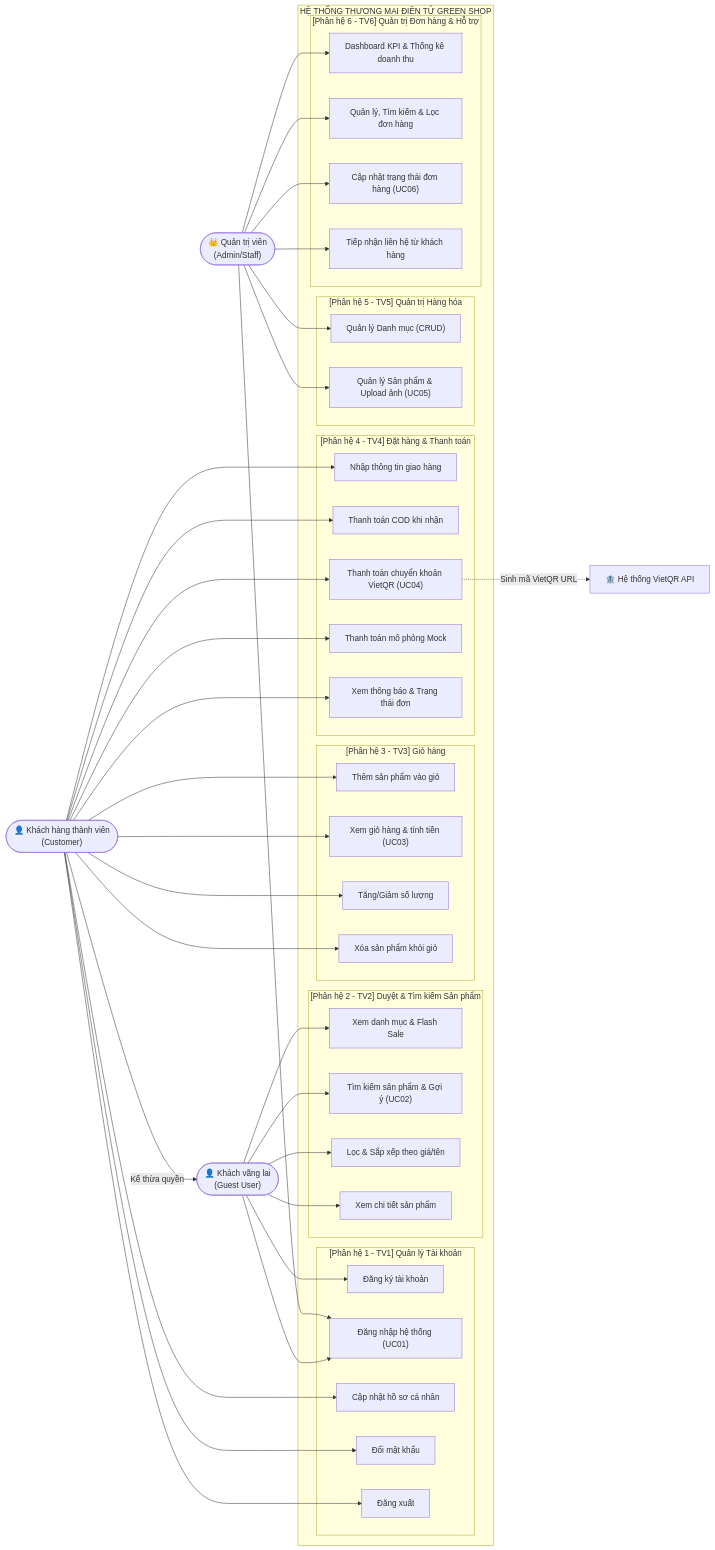
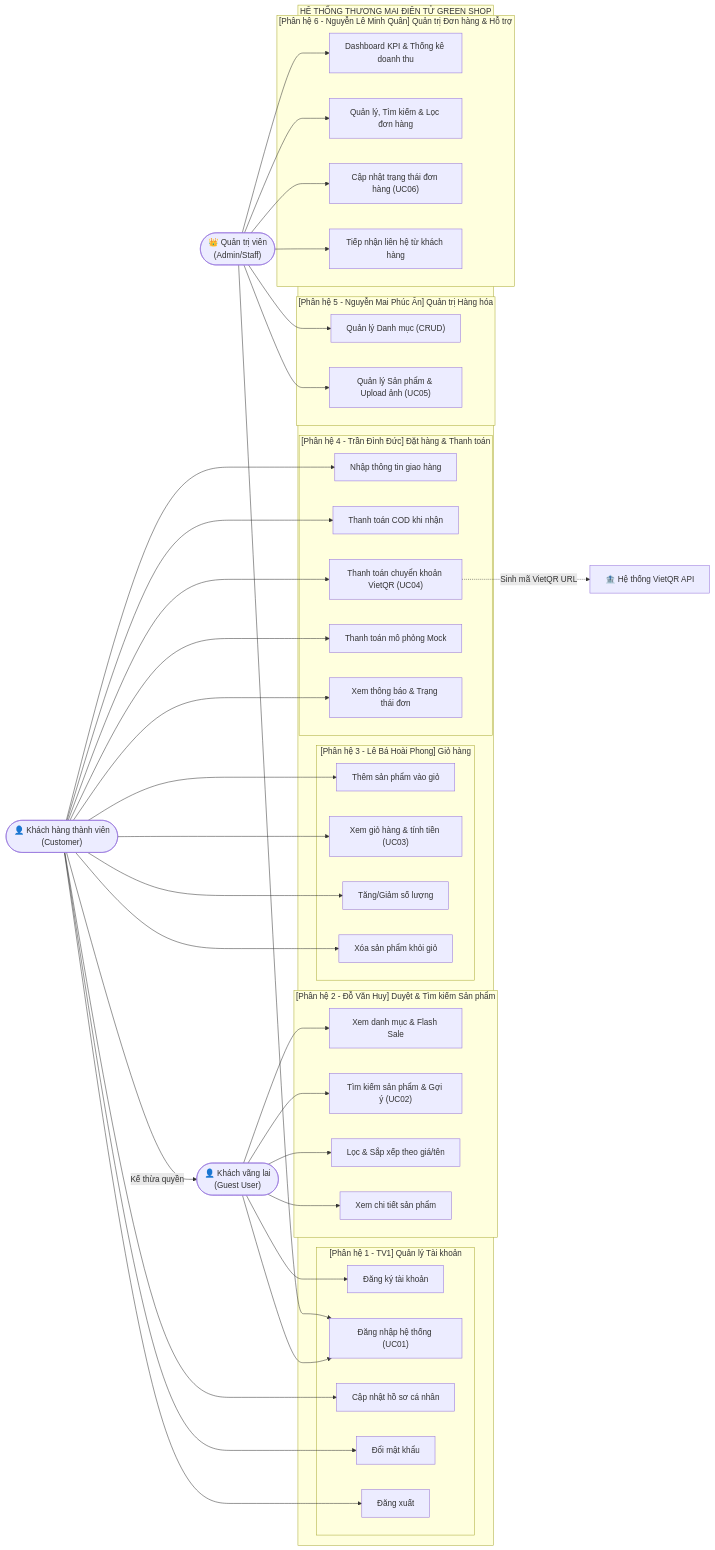
The first of 2 diagrams in docs/SRS_GREEN_SHOP.md (Huy09zhh/Kiem-chung-phan-mem), drawn with Mermaid before and after one commit. The commit also changed other lines of this file, not shown here.

Commit message:
docs(srs): cap nhat danh sach thanh vien va phan cong nhiem vu

```diff
--- a/docs/SRS_GREEN_SHOP.md
+++ b/docs/SRS_GREEN_SHOP.md
@@ -149,21 +149,21 @@
             UC_Logout["Đăng xuất"]
         end
 
-        subgraph Sub_Product[" [Phân hệ 2 - TV2] Duyệt & Tìm kiếm Sản phẩm "]
+        subgraph Sub_Product[" [Phân hệ 2 - Đỗ Văn Huy] Duyệt & Tìm kiếm Sản phẩm "]
             UC_Browse["Xem danh mục & Flash Sale"]
             UC_Search["Tìm kiếm sản phẩm & Gợi ý (UC02)"]
             UC_Filter["Lọc & Sắp xếp theo giá/tên"]
             UC_Detail["Xem chi tiết sản phẩm"]
         end
 
-        subgraph Sub_Cart[" [Phân hệ 3 - TV3] Giỏ hàng "]
+        subgraph Sub_Cart[" [Phân hệ 3 - Lê Bá Hoài Phong] Giỏ hàng "]
             UC_AddToCart["Thêm sản phẩm vào giỏ"]
             UC_ViewCart["Xem giỏ hàng & tính tiền (UC03)"]
             UC_UpdateCart["Tăng/Giảm số lượng"]
             UC_RemoveCart["Xóa sản phẩm khỏi giỏ"]
         end
 
-        subgraph Sub_Order[" [Phân hệ 4 - TV4] Đặt hàng & Thanh toán "]
+        subgraph Sub_Order[" [Phân hệ 4 - Trần Đình Đức] Đặt hàng & Thanh toán "]
             UC_Checkout["Nhập thông tin giao hàng"]
             UC_PayCOD["Thanh toán COD khi nhận"]
             UC_PayQR["Thanh toán chuyển khoản VietQR (UC04)"]
@@ -171,12 +171,12 @@
             UC_TrackOrder["Xem thông báo & Trạng thái đơn"]
         end
 
-        subgraph Sub_AdminGoods[" [Phân hệ 5 - TV5] Quản trị Hàng hóa "]
+        subgraph Sub_AdminGoods[" [Phân hệ 5 - Nguyễn Mai Phúc Ân] Quản trị Hàng hóa "]
             UC_ManageCategory["Quản lý Danh mục (CRUD)"]
             UC_ManageProduct["Quản lý Sản phẩm & Upload ảnh (UC05)"]
         end
 
-        subgraph Sub_AdminOrders[" [Phân hệ 6 - TV6] Quản trị Đơn hàng & Hỗ trợ "]
+        subgraph Sub_AdminOrders[" [Phân hệ 6 - Nguyễn Lê Minh Quân] Quản trị Đơn hàng & Hỗ trợ "]
             UC_Dashboard["Dashboard KPI & Thống kê doanh thu"]
             UC_ManageOrder["Quản lý, Tìm kiếm & Lọc đơn hàng"]
             UC_UpdateOrderStatus["Cập nhật trạng thái đơn hàng (UC06)"]
```
